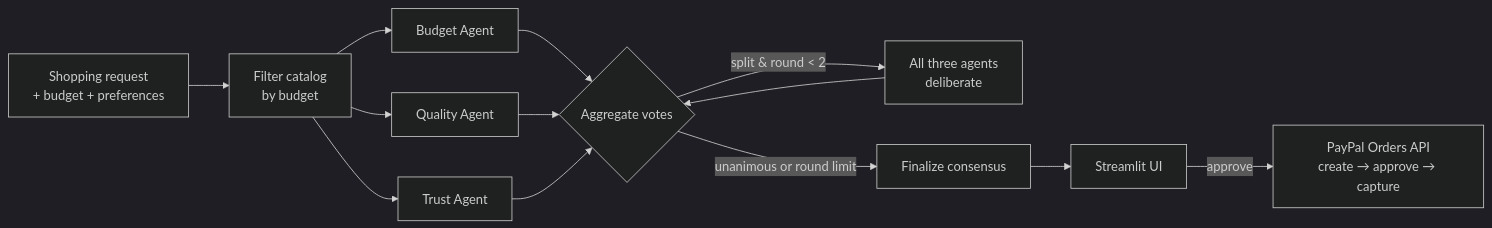
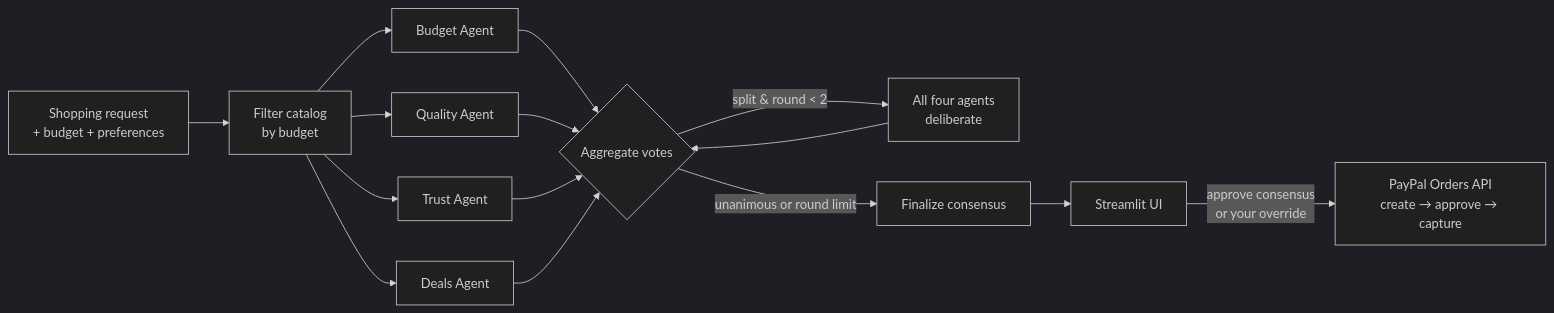
Before and after one commit to priyadp1/ConsensusCart: the diagram in README.md, drawn with Mermaid (dark theme). The commit also changed other lines of this file and 12 other files, not shown here.

````diff
--- a/README.md
+++ b/README.md
@@ -34,11 +35,11 @@
 ```mermaid
 flowchart LR
     U[Shopping request<br/>+ budget + preferences] --> F[Filter catalog<br/>by budget]
-    F --> B[Budget Agent] & Q[Quality Agent] & T[Trust Agent]
-    B & Q & T --> A{Aggregate votes}
-    A -- "split & round < 2" --> D[All three agents<br/>deliberate]
+    F --> B[Budget Agent] & Q[Quality Agent] & T[Trust Agent] & S[Deals Agent]
+    B & Q & T & S --> A{Aggregate votes}
+    A -- "split & round < 2" --> D[All four agents<br/>deliberate]
     D --> A
     A -- "unanimous or round limit" --> W[Finalize consensus]
     W --> UI[Streamlit UI]
-    UI -- approve --> P[PayPal Orders API<br/>create → approve → capture]
+    UI -- "approve consensus<br/>or your override" --> P[PayPal Orders API<br/>create → approve → capture]
 ```
````
